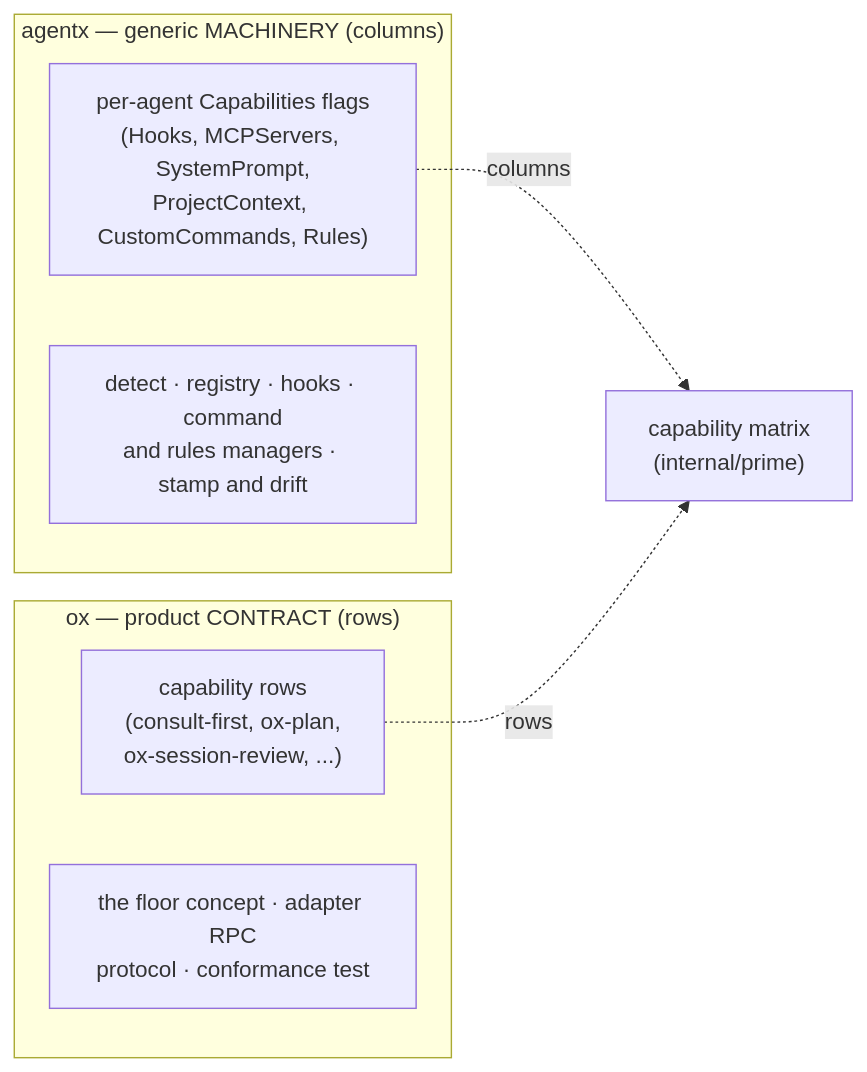
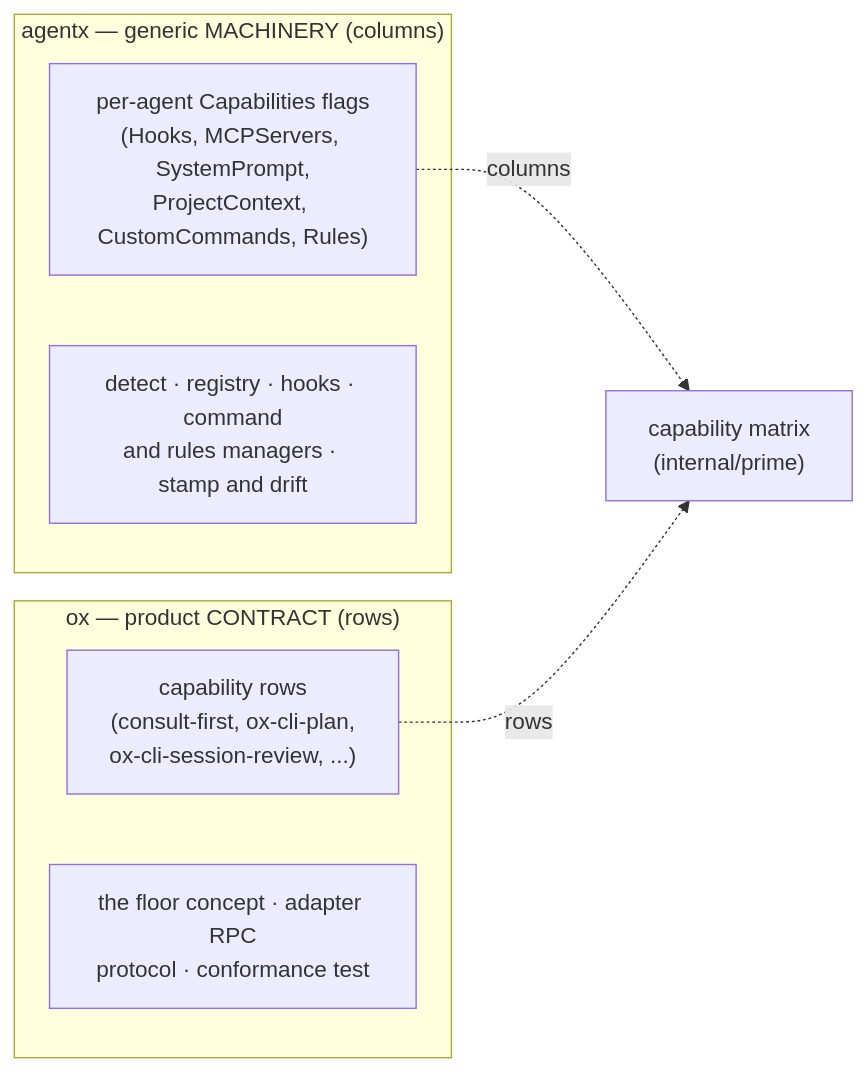
Before and after one commit to sageox/ox: the third of 3 diagrams in docs/adr/ADR-023-skill-injection-two-layer-model.md, drawn with Mermaid. The commit also changed other lines of this file and 120 other files, not shown here.

````diff
--- a/docs/adr/ADR-023-skill-injection-two-layer-model.md
+++ b/docs/adr/ADR-023-skill-injection-two-layer-model.md
@@ -132,13 +132,13 @@
 ```mermaid
 flowchart LR
     subgraph AX["agentx — generic MACHINERY (columns)"]
         AXC["per-agent Capabilities flags<br/>(Hooks, MCPServers, SystemPrompt,<br/>ProjectContext, CustomCommands, Rules)"]
         AXM["detect · registry · hooks · command<br/>and rules managers · stamp and drift"]
     end
     subgraph OX["ox — product CONTRACT (rows)"]
-        OXR["capability rows<br/>(consult-first, ox-plan,<br/>ox-session-review, ...)"]
+        OXR["capability rows<br/>(consult-first, ox-cli-plan,<br/>ox-cli-session-review, ...)"]
         OXF["the floor concept · adapter RPC<br/>protocol · conformance test"]
     end
     AXC -. "columns" .-> JOIN["capability matrix<br/>(internal/prime)"]
     OXR -. "rows" .-> JOIN
 ```
````
